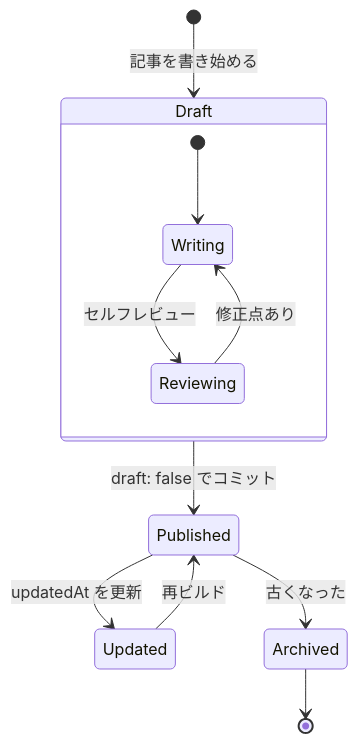
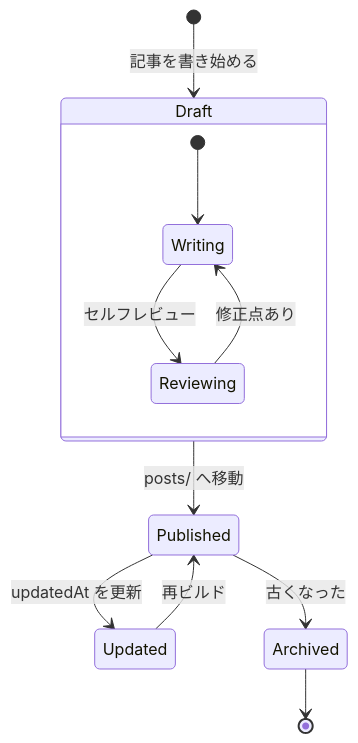
Before and after one commit to naatin777/naatin777.github.io: the fourth of 7 diagrams in content/posts/2026/markdown-test/index.md, drawn with Mermaid. The commit also changed other lines of this file and 19 other files, not shown here.

````diff
--- a/content/posts/2026/markdown-test/index.md
+++ b/content/posts/2026/markdown-test/index.md
@@ -232,14 +232,14 @@
 ```mermaid
 stateDiagram-v2
     [*] --> Draft: 記事を書き始める
     state Draft {
         [*] --> Writing
         Writing --> Reviewing: セルフレビュー
         Reviewing --> Writing: 修正点あり
     }
-    Draft --> Published: draft: false でコミット
+    Draft --> Published: posts/ へ移動
     Published --> Updated: updatedAt を更新
     Updated --> Published: 再ビルド
     Published --> Archived: 古くなった
     Archived --> [*]
 ```
````
